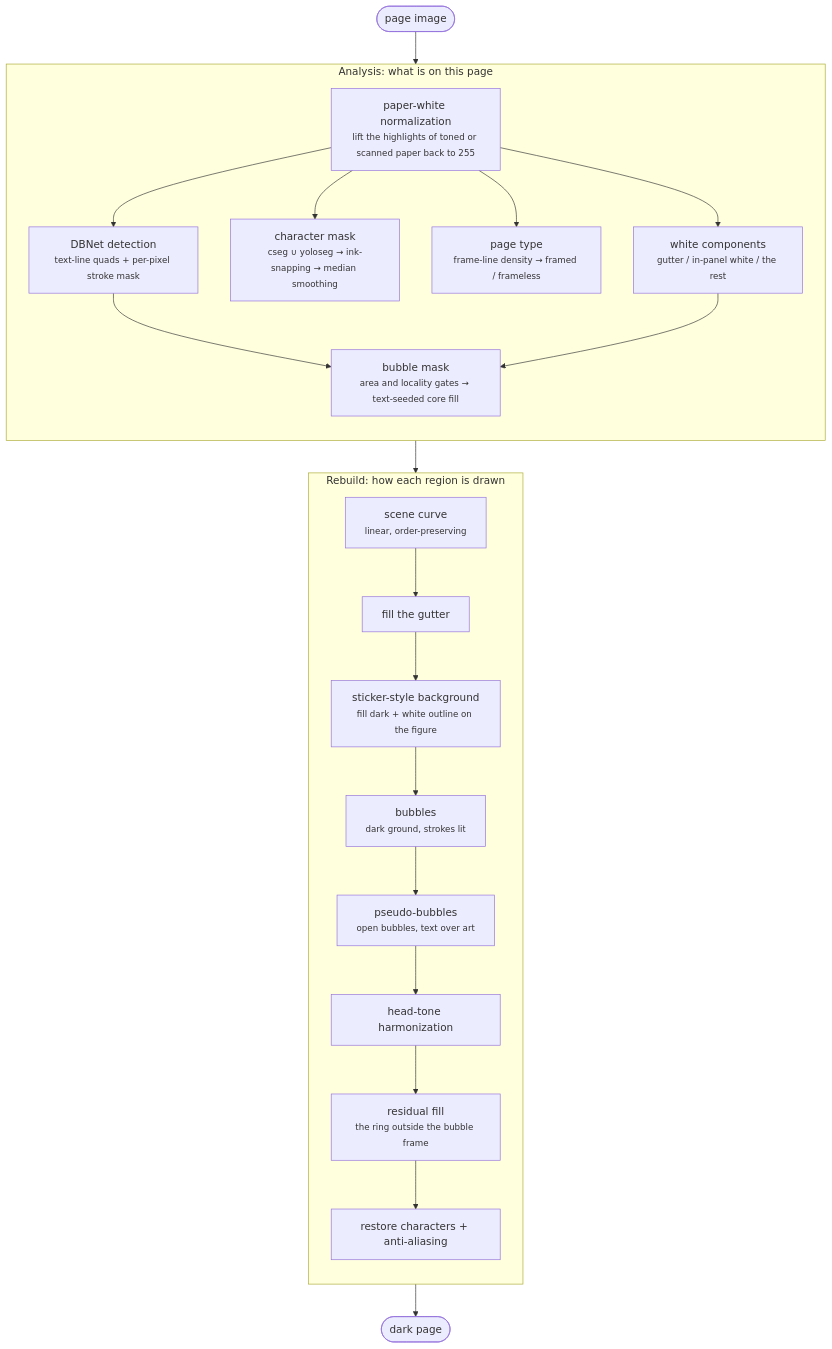
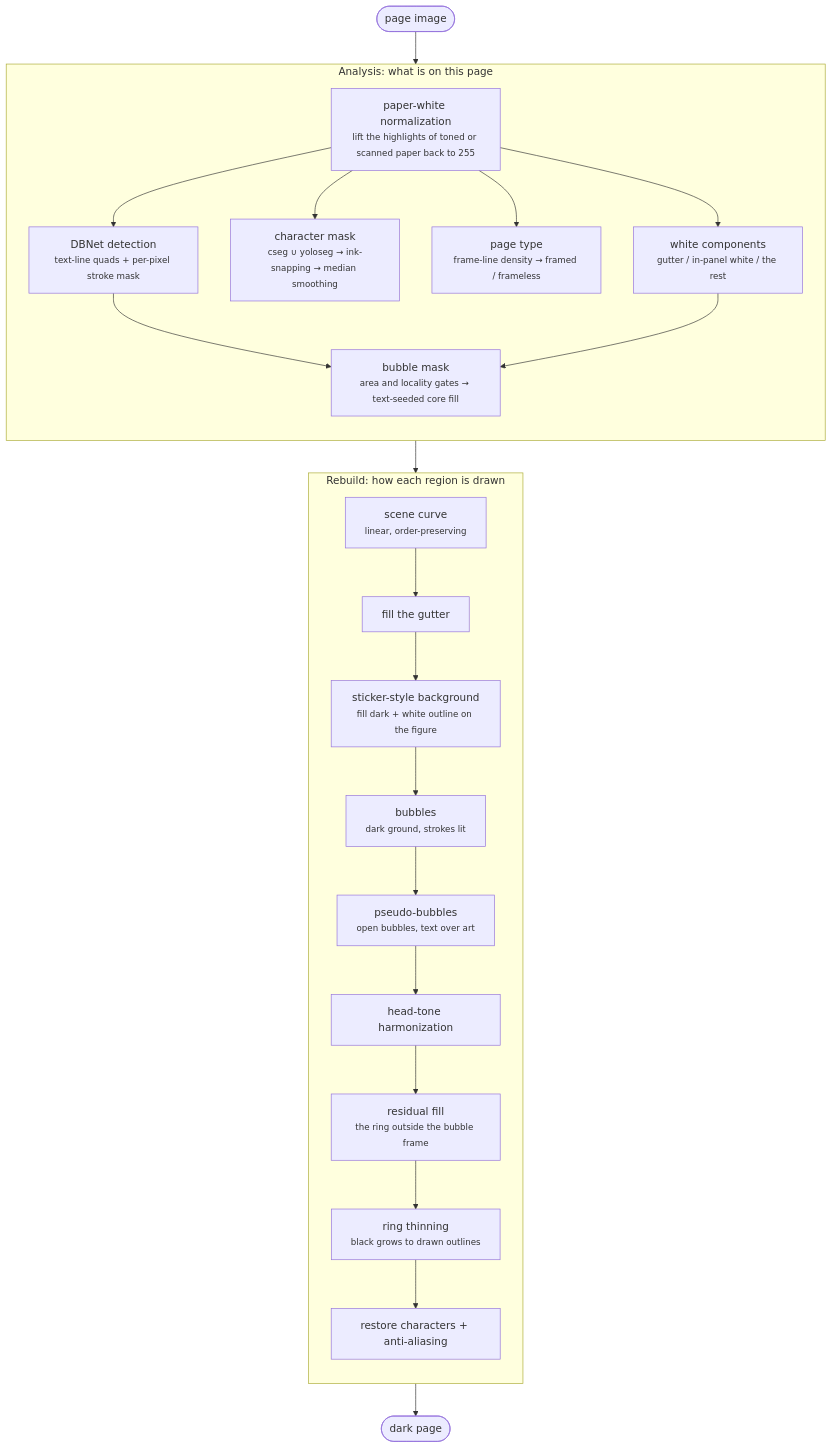
Before and after one commit to joyeli/yakuyomi-nightread: the first of 2 diagrams in docs/ARCHITECTURE.md, drawn with Mermaid. The commit also changed other lines of this file and 45 other files, not shown here.

````diff
--- a/docs/ARCHITECTURE.md
+++ b/docs/ARCHITECTURE.md
@@ -35,28 +35,29 @@
 ```mermaid
 flowchart TB
     IN([page image]) --> P[paper-white normalization<br/><small>lift the highlights of toned or scanned paper back to 255</small>]
 
     subgraph ANA [Analysis: what is on this page]
         direction TB
         P --> DET[DBNet detection<br/><small>text-line quads + per-pixel stroke mask</small>]
         P --> CM[character mask<br/><small>cseg ∪ yoloseg → ink-snapping → median smoothing</small>]
         P --> PT[page type<br/><small>frame-line density → framed / frameless</small>]
         P --> WC[white components<br/><small>gutter / in-panel white / the rest</small>]
         DET --> BUB[bubble mask<br/><small>area and locality gates → text-seeded core fill</small>]
         WC --> BUB
     end
 
     subgraph SYN [Rebuild: how each region is drawn]
         direction TB
         SC[scene curve<br/><small>linear, order-preserving</small>] --> GUT[fill the gutter]
         GUT --> STK[sticker-style background<br/><small>fill dark + white outline on the figure</small>]
         STK --> BB[bubbles<br/><small>dark ground, strokes lit</small>]
         BB --> PB[pseudo-bubbles<br/><small>open bubbles, text over art</small>]
         PB --> HM[head-tone harmonization]
         HM --> RST[residual fill<br/><small>the ring outside the bubble frame</small>]
-        RST --> RES[restore characters + anti-aliasing]
+        RST --> RNG[ring thinning<br/><small>black grows to drawn outlines</small>]
+        RNG --> RES[restore characters + anti-aliasing]
     end
 
     ANA --> SC
     RES --> OUT([dark page])
 ```
````
